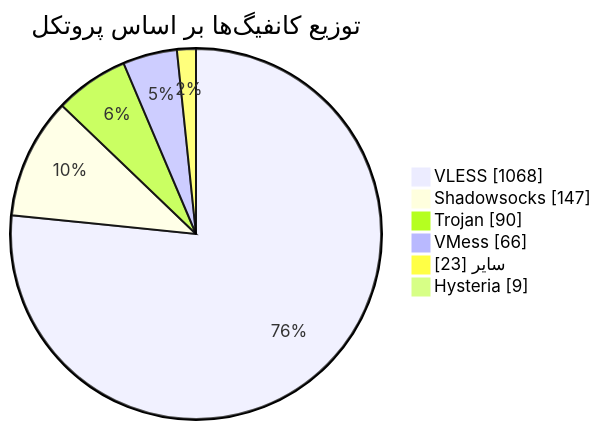
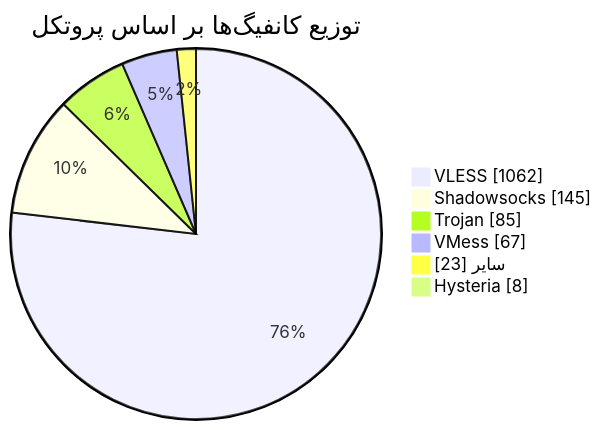
The diagram in README.md (Arian-Alijani/Somthing), drawn with Mermaid before and after one commit. The commit also changed other lines of this file and 77 other files, not shown here.

````diff
--- a/README.md
+++ b/README.md
@@ -50,10 +50,10 @@
 ```mermaid
 pie showData
     title توزیع کانفیگ‌ها بر اساس پروتکل
-    "VLESS" : 1068
-    "Shadowsocks" : 147
-    "Trojan" : 90
-    "VMess" : 66
+    "VLESS" : 1062
+    "Shadowsocks" : 145
+    "Trojan" : 85
+    "VMess" : 67
     "سایر" : 23
-    "Hysteria" : 9
+    "Hysteria" : 8
 ```
````
